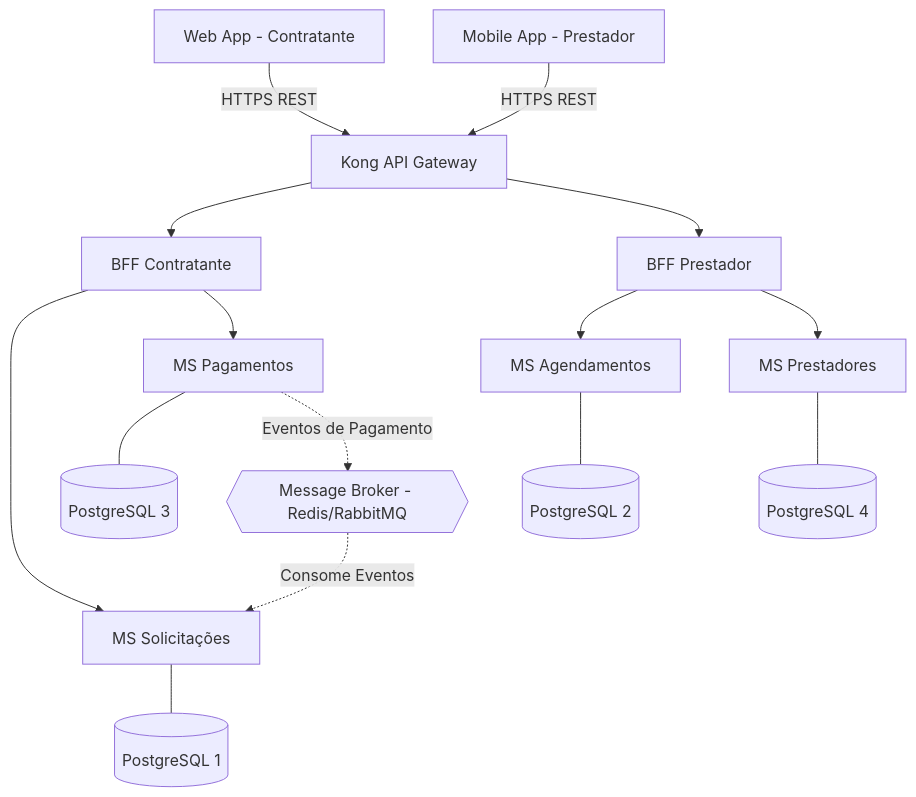
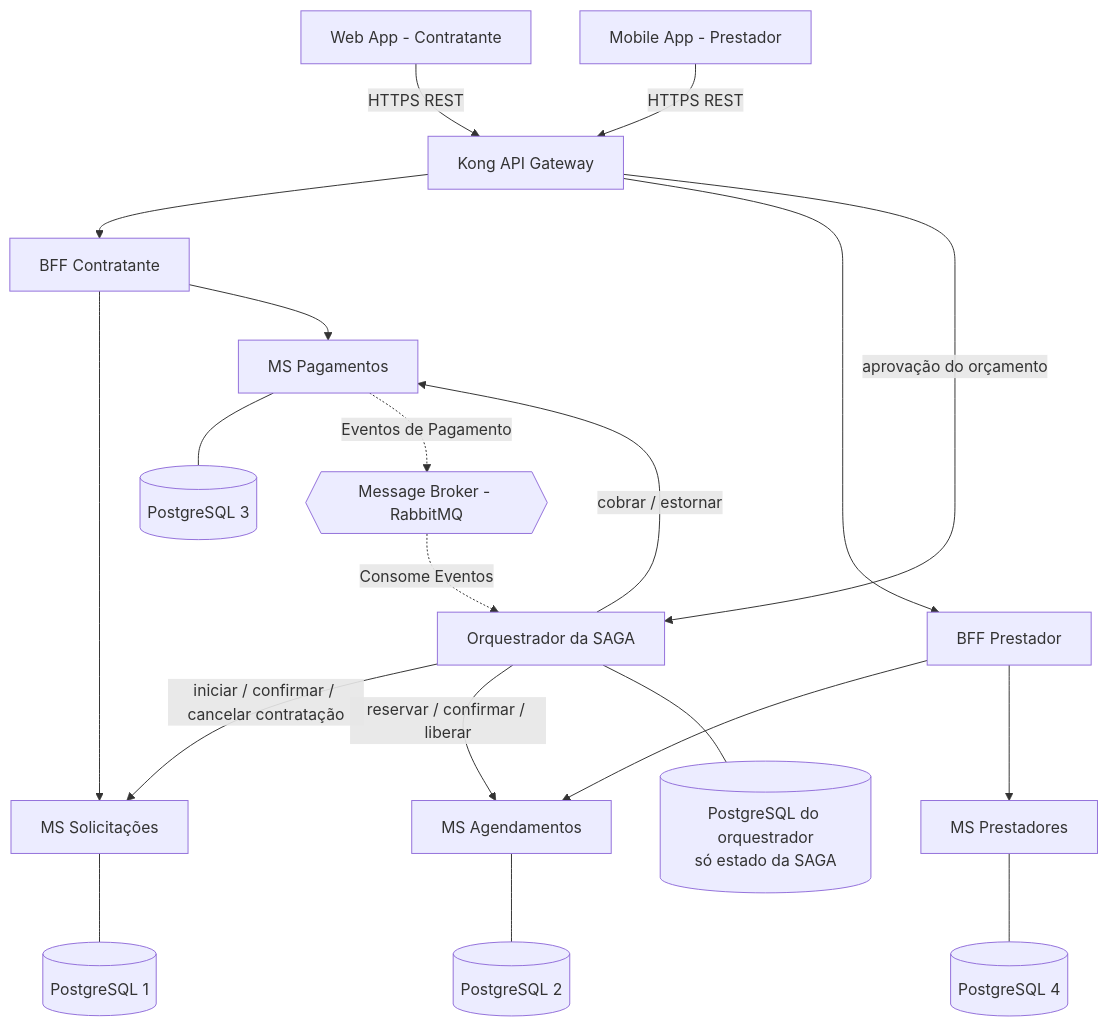
The diagram in docs/01-decomposicao-e-dados.md (markin-silva/ResolveLar), drawn with Mermaid before and after one commit. The commit also changed other lines of this file and 6 other files, not shown here.

Commit message:
docs: update diagrams and decisions for the standalone orchestrator

````diff
--- a/docs/01-decomposicao-e-dados.md
+++ b/docs/01-decomposicao-e-dados.md
@@ -23,22 +25,28 @@
 ```mermaid
 graph TD
     ClientWeb[Web App - Contratante] -->|HTTPS REST| Gateway[Kong API Gateway]
     ClientMobile[Mobile App - Prestador] -->|HTTPS REST| Gateway
 
     Gateway --> BFFContratante[BFF Contratante]
     Gateway --> BFFPrestador[BFF Prestador]
+    Gateway -->|aprovação do orçamento| ORQ[Orquestrador da SAGA]
 
     BFFContratante --> MS1[MS Solicitações]
     BFFPrestador --> MS2[MS Agendamentos]
     BFFContratante --> MS3[MS Pagamentos]
     BFFPrestador --> MS4[MS Prestadores]
 
+    ORQ -->|iniciar / confirmar / cancelar contratação| MS1
+    ORQ -->|reservar / confirmar / liberar| MS2
+    ORQ -->|cobrar / estornar| MS3
+    ORQ --- DBO[(PostgreSQL do orquestrador<br/>só estado da SAGA)]
+
     MS1 --- DB1[(PostgreSQL 1)]
     MS2 --- DB2[(PostgreSQL 2)]
     MS3 --- DB3[(PostgreSQL 3)]
     MS4 --- DB4[(PostgreSQL 4)]
     
-    MS3 -.->|Eventos de Pagamento| Broker{{Message Broker - Redis/RabbitMQ}}
-    Broker -.->|Consome Eventos| MS1
+    MS3 -.->|Eventos de Pagamento| Broker{{Message Broker - RabbitMQ}}
+    Broker -.->|Consome Eventos| ORQ
 
 ```
````
